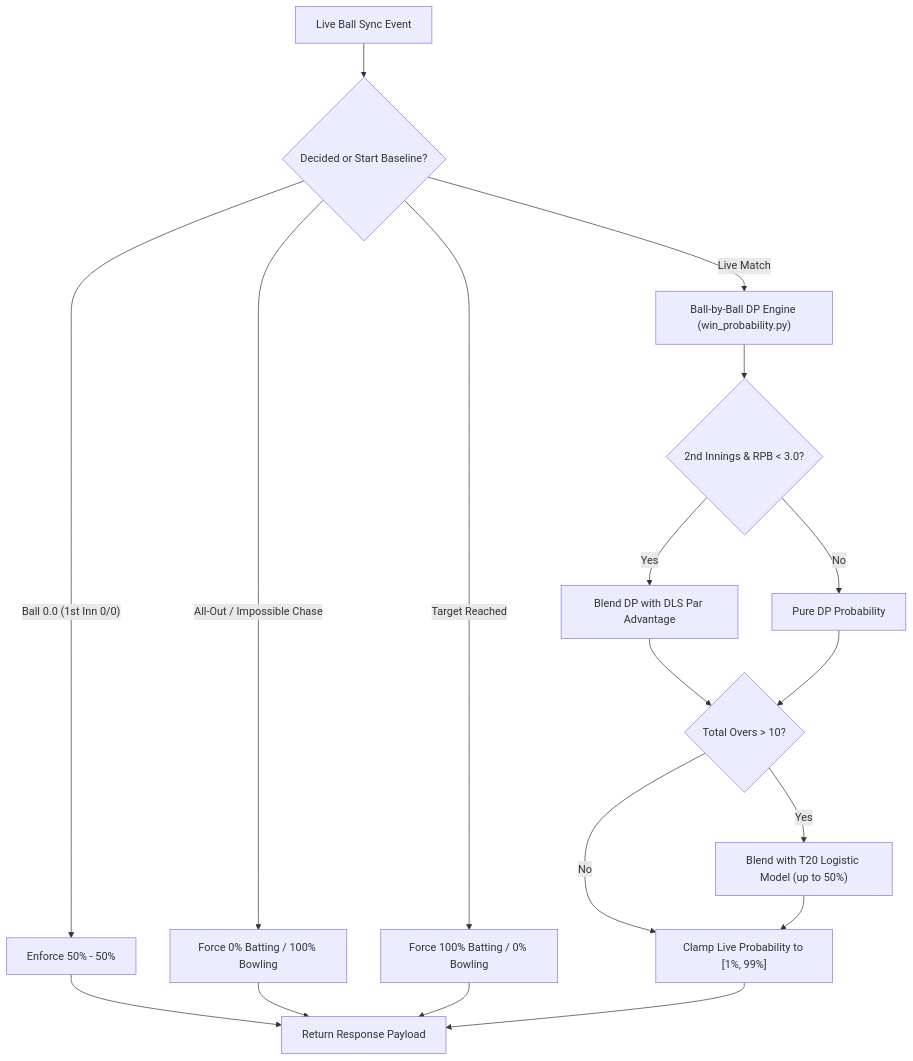
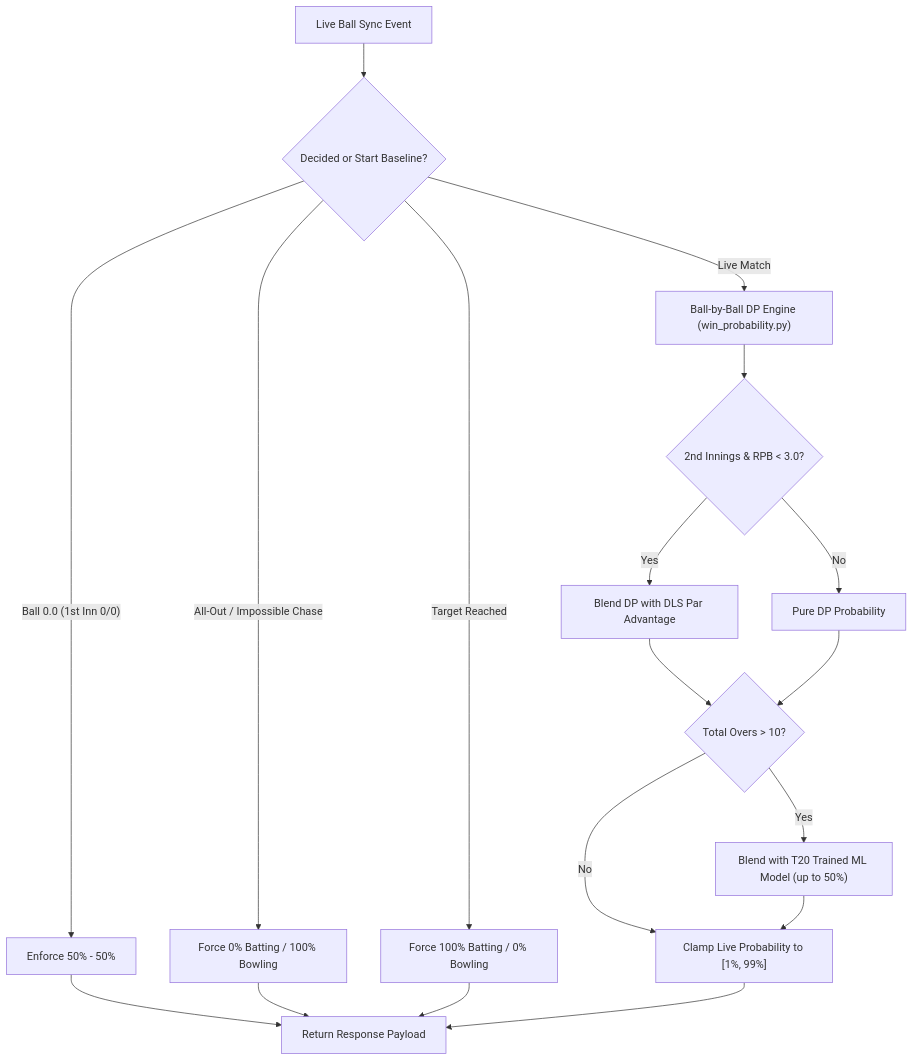
Before and after one commit to venkatesh-singamsetty/cricscore: the second of 2 diagrams in docs/mlops_tutorial.md, drawn with Mermaid. The commit also changed other lines of this file and 80 other files, not shown here.

````diff
--- a/docs/mlops_tutorial.md
+++ b/docs/mlops_tutorial.md
@@ -170,20 +173,20 @@
 ```mermaid
 graph TD
     A["Live Ball Sync Event"] --> B{"Decided or Start Baseline?"}
     B -- "Ball 0.0 (1st Inn 0/0)" --> G["Enforce 50% - 50%"]
     B -- "Target Reached" --> J["Force 100% Batting / 0% Bowling"]
     B -- "All-Out / Impossible Chase" --> I["Force 0% Batting / 100% Bowling"]
     B -- "Live Match" --> C["Ball-by-Ball DP Engine (win_probability.py)"]
     C --> D{"2nd Innings & RPB < 3.0?"}
     D -- "Yes" --> E["Blend DP with DLS Par Advantage"]
     D -- "No" --> F["Pure DP Probability"]
+    H -- "Yes" --> M["Blend with T20 Trained ML Model (up to 50%)"]
+    H -- "No" --> N["Clamp Live Probability to [1%, 99%]"]
     E --> H{"Total Overs > 10?"}
     F --> H
-    H -- "Yes" --> M["Blend with T20 Logistic Model (up to 50%)"]
-    H -- "No" --> N["Clamp Live Probability to [1%, 99%]"]
     M --> N
     G --> K["Return Response Payload"]
     I --> K
     J --> K
     N --> K
 ```
````
